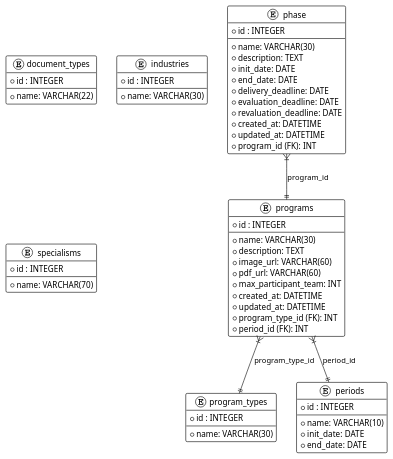
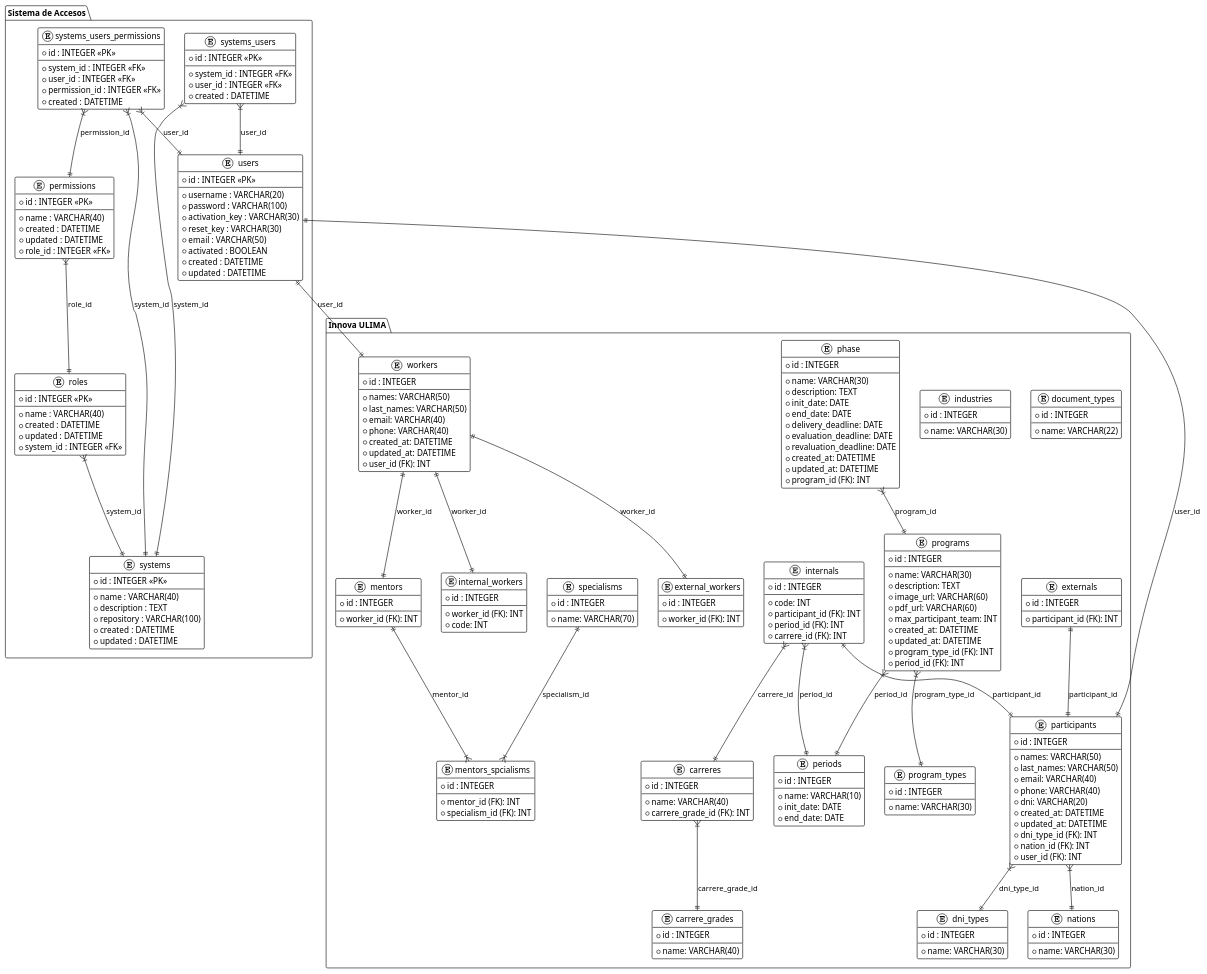
One commit to pepeul1191/innova-rails-v2 changed the diagram in docs/relational_diagram.puml. Above: the diagram before and after it, drawn with PlantUML. The commit also changed 2 other files, not shown here.

Commit message:
diagrama de base de datos acutalizado

```diff
--- a/docs/relational_diagram.puml
+++ b/docs/relational_diagram.puml
@@ -1,69 +1,252 @@
 @startuml
 !theme plain
 
-entity "document_types" {
-  * id : INTEGER
-  --
-  * name: VARCHAR(22)
+package "Innova ULIMA" {
+  
+  entity "document_types" {
+    * id : INTEGER
+    --
+    * name: VARCHAR(22)
+  }
+
+  entity "industries" {
+    * id : INTEGER
+    --
+    * name: VARCHAR(30)
+  }
+
+  entity "specialisms" {
+    * id : INTEGER
+    --
+    * name: VARCHAR(70)
+  }
+
+  entity "carrere_grades" {
+    * id : INTEGER
+    --
+    * name: VARCHAR(40)
+  }
+
+  entity "carreres" {
+    * id : INTEGER
+    --
+    * name: VARCHAR(40)
+    * carrere_grade_id (FK): INT
+  }
+
+  entity "program_types" {
+    * id : INTEGER
+    --
+    * name: VARCHAR(30)
+  }
+
+  entity "dni_types" {
+    * id : INTEGER
+    --
+    * name: VARCHAR(30)
+  }
+
+  entity "nations" {
+    * id : INTEGER
+    --
+    * name: VARCHAR(30)
+  }
+
+  entity "periods" {
+    * id : INTEGER
+    --
+    * name: VARCHAR(10)
+    * init_date: DATE
+    * end_date: DATE
+  }
+
+  entity "programs" {
+    * id : INTEGER
+    --
+    * name: VARCHAR(30)
+    * description: TEXT
+    * image_url: VARCHAR(60)
+    * pdf_url: VARCHAR(60)
+    * max_participant_team: INT
+    * created_at: DATETIME
+    * updated_at: DATETIME
+    * program_type_id (FK): INT
+    * period_id (FK): INT
+  }
+
+  entity "phase" {
+    * id : INTEGER
+    --
+    * name: VARCHAR(30)
+    * description: TEXT
+    * init_date: DATE
+    * end_date: DATE
+    * delivery_deadline: DATE
+    * evaluation_deadline: DATE
+    * revaluation_deadline: DATE
+    * created_at: DATETIME
+    * updated_at: DATETIME
+    * program_id (FK): INT
+  }
+
+  entity "participants" {
+    * id : INTEGER
+    --
+    * names: VARCHAR(50)
+    * last_names: VARCHAR(50)
+    * email: VARCHAR(40)
+    * phone: VARCHAR(40)
+    * dni: VARCHAR(20)
+    * created_at: DATETIME
+    * updated_at: DATETIME
+    * dni_type_id (FK): INT
+    * nation_id (FK): INT
+    * user_id (FK): INT
+  }
+
+  entity "internals" {
+    * id : INTEGER
+    --
+    * code: INT
+    * participant_id (FK): INT
+    * period_id (FK): INT
+    * carrere_id (FK): INT
+  }
+
+  entity "externals" {
+    * id : INTEGER
+    --
+    * participant_id (FK): INT
+  }
+
+  entity "workers" {
+    * id : INTEGER
+    --
+    * names: VARCHAR(50)
+    * last_names: VARCHAR(50)
+    * email: VARCHAR(40)
+    * phone: VARCHAR(40)
+    * created_at: DATETIME
+    * updated_at: DATETIME
+    * user_id (FK): INT
+  }
+
+  entity "external_workers" {
+    * id : INTEGER
+    --
+    * worker_id (FK): INT
+  }
+
+  entity "internal_workers" {
+    * id : INTEGER
+    --
+    * worker_id (FK): INT
+    * code: INT
+  }
+
+  entity "mentors" {
+    * id : INTEGER
+    --
+    * worker_id (FK): INT
+  }
+
+  entity "mentors_spcialisms"{
+    * id : INTEGER
+    --
+    * mentor_id (FK): INT
+    * specialism_id (FK): INT
+  }
+
+  programs }|--|| periods : period_id
+  programs }|--|| program_types : program_type_id
+  phase }|--|| programs : program_id
+  participants }|--|| dni_types : dni_type_id
+  participants }|--|| nations : nation_id
+  carreres }|--|| carrere_grades : carrere_grade_id
+  internals }|--|| carreres : carrere_id
+  internals }|--|| periods : period_id
+  internals ||--|| participants : participant_id
+  externals ||--|| participants : participant_id
+  workers ||--|| internal_workers : worker_id
+  workers ||--|| external_workers : worker_id
+  workers ||--|| mentors : worker_id
+  mentors ||--|{ mentors_spcialisms : mentor_id
+  specialisms ||--|{ mentors_spcialisms : specialism_id
 }
 
-entity "industries" {
-  * id : INTEGER
-  --
-  * name: VARCHAR(30)
+
+package "Sistema de Accesos" {
+  entity "users" {
+    * id : INTEGER <<PK>>
+    --
+    * username : VARCHAR(20)
+    * password : VARCHAR(100)
+    * activation_key : VARCHAR(30)
+    * reset_key : VARCHAR(30)
+    * email : VARCHAR(50)
+    * activated : BOOLEAN
+    * created : DATETIME
+    * updated : DATETIME
+  }
+
+  entity "systems" {
+    * id : INTEGER <<PK>>
+    --
+    * name : VARCHAR(40)
+    * description : TEXT
+    * repository : VARCHAR(100)
+    * created : DATETIME
+    * updated : DATETIME
+  }
+
+  entity "roles" {
+    * id : INTEGER <<PK>>
+    --
+    * name : VARCHAR(40)
+    * created : DATETIME
+    * updated : DATETIME
+    * system_id : INTEGER <<FK>>
+  }
+
+  entity "permissions" {
+    * id : INTEGER <<PK>>
+    --
+    * name : VARCHAR(40)
+    * created : DATETIME
+    * updated : DATETIME
+    * role_id : INTEGER <<FK>>
+  }
+
+  entity "systems_users" {
+    * id : INTEGER <<PK>>
+    --
+    * system_id : INTEGER <<FK>>
+    * user_id : INTEGER <<FK>>
+    * created : DATETIME
+  }
+
+  entity "systems_users_permissions" {
+    * id : INTEGER <<PK>>
+    --
+    * system_id : INTEGER <<FK>>
+    * user_id : INTEGER <<FK>>
+    * permission_id : INTEGER <<FK>>
+    * created : DATETIME
+  }
+
+  ' Relaciones
+  roles }|--|| systems : system_id
+  permissions }|--|| roles : role_id
+
+  systems_users }|--|| systems : system_id
+  systems_users }|--|| users : user_id
+
+  systems_users_permissions }|--|| systems : system_id
+  systems_users_permissions }|--|| users : user_id
+  systems_users_permissions }|--|| permissions : permission_id
 }
 
-entity "specialisms" {
-  * id : INTEGER
-  --
-  * name: VARCHAR(70)
-}
-
-entity "program_types" {
-  * id : INTEGER
-  --
-  * name: VARCHAR(30)
-}
-
-entity "periods" {
-  * id : INTEGER
-  --
-  * name: VARCHAR(10)
-  * init_date: DATE
-  * end_date: DATE
-}
-
-entity "programs" {
-  * id : INTEGER
-  --
-  * name: VARCHAR(30)
-  * description: TEXT
-  * image_url: VARCHAR(60)
-  * pdf_url: VARCHAR(60)
-  * max_participant_team: INT
-  * created_at: DATETIME
-  * updated_at: DATETIME
-  * program_type_id (FK): INT
-  * period_id (FK): INT
-}
-
-entity "phase" {
-  * id : INTEGER
-  --
-  * name: VARCHAR(30)
-  * description: TEXT
-  * init_date: DATE
-  * end_date: DATE
-  * delivery_deadline: DATE
-  * evaluation_deadline: DATE
-  * revaluation_deadline: DATE
-  * created_at: DATETIME
-  * updated_at: DATETIME
-  * program_id (FK): INT
-}
-
-programs }|--|| periods : period_id
-programs }|--|| program_types : program_type_id
-phase }|--|| programs : program_id
+users ||--|| participants: user_id
+users ||--|| workers: user_id
 
 @enduml
```
